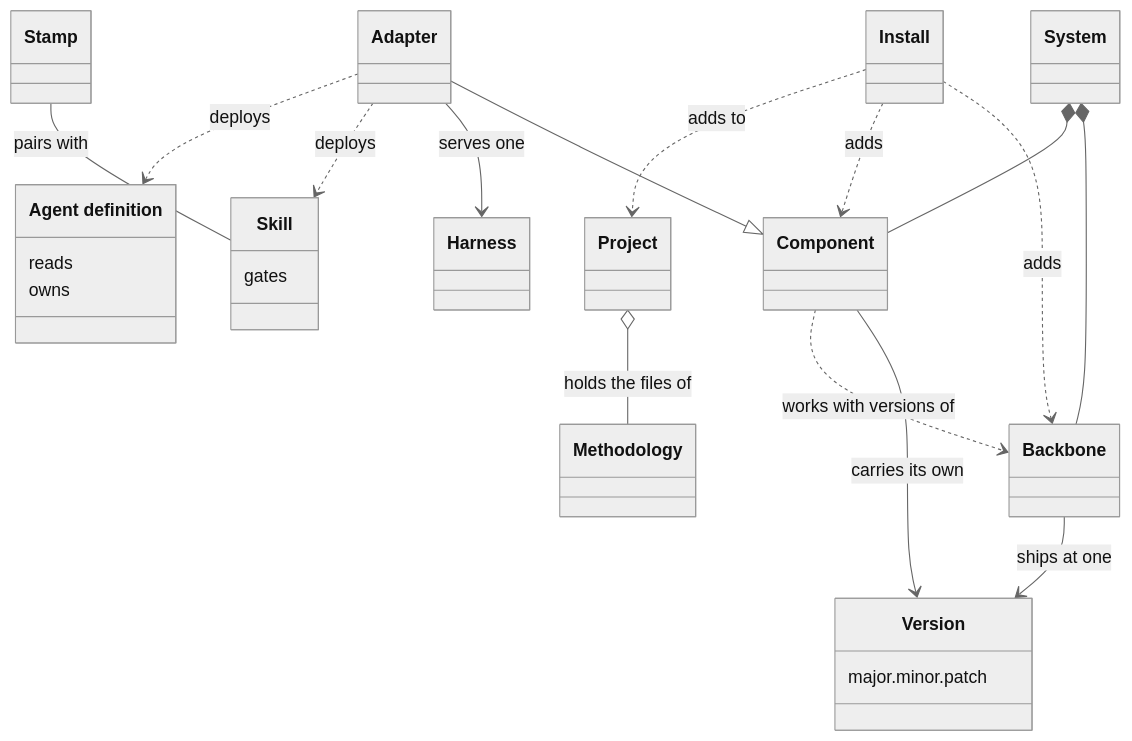
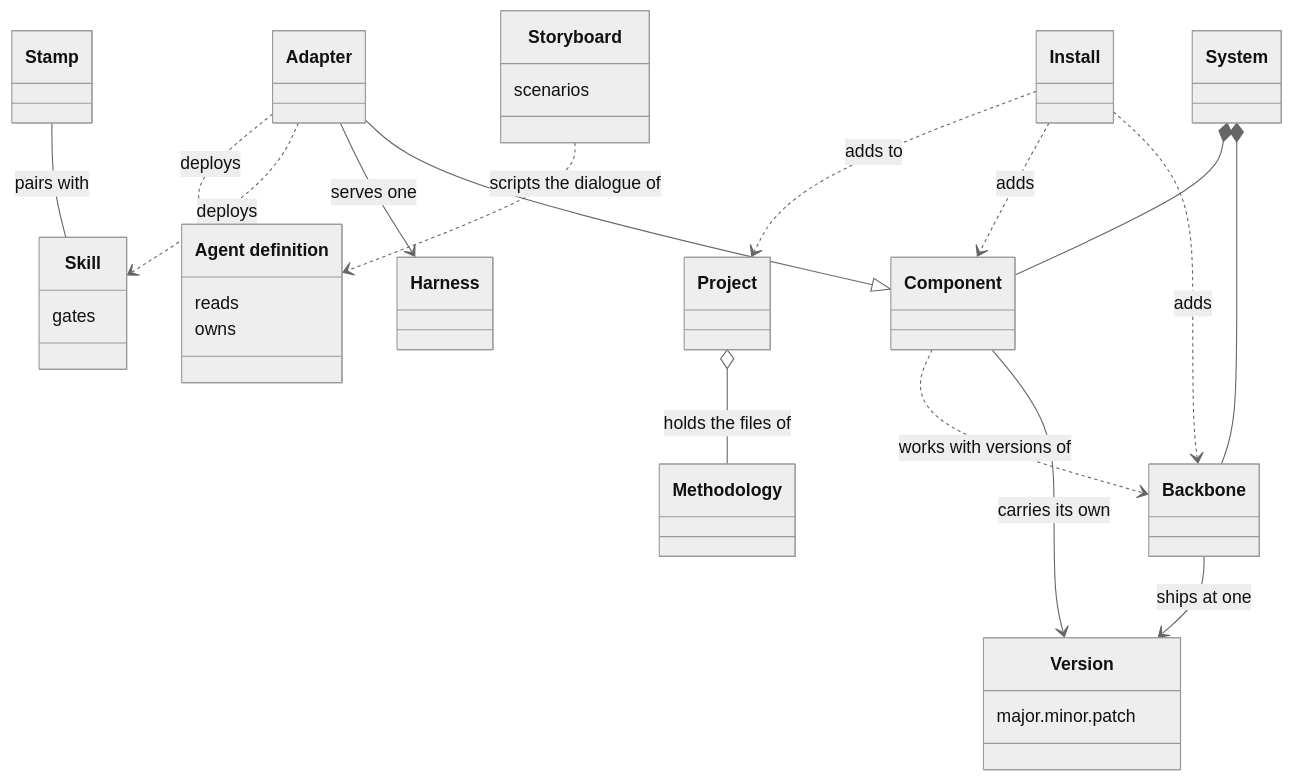
One commit to aleskalfas/project-kit changed the first of 2 diagrams in tech-docs/analysis/core/domain-model/020-parts-of-the-system.md. Above: the diagram before and after it, drawn with Mermaid (neutral theme). The commit also changed other lines of this file and 2 other files, not shown here.

First line of the commit message:
docs(analysis): define process and storyboard in the core's glossary

````diff
--- a/tech-docs/analysis/core/domain-model/020-parts-of-the-system.md
+++ b/tech-docs/analysis/core/domain-model/020-parts-of-the-system.md
@@ -50,35 +56,38 @@
 ```mermaid
 classDiagram
   accTitle: Parts of the system, and projects
-  accDescr: The system is made of the backbone and components, each with a version of its own. A component declares which backbone versions it works with. An adapter is a component that serves one harness and deploys skills and agent definitions there. A stamp pairs with a skill. Install adds the backbone or a component to a repository. A project is a repository the system is installed into, holding the methodology's files.
+  accDescr: The system is made of the backbone and components, each with a version of its own. A component declares which backbone versions it works with. An adapter is a component that serves one harness and deploys skills and agent definitions there. A storyboard scripts the dialogue an agent definition follows. A stamp pairs with a skill. Install adds the backbone or a component to a repository. A project is a repository the system is installed into, holding the methodology's files.
   class System["System"]
   class Harness["Harness"]
   class Methodology["Methodology"]
   class Version["Version"]
   Version : major.minor.patch
   class Backbone["Backbone"]
   class Component["Component"]
   class Skill["Skill"]
   Skill : gates
   class AgentDefinition["Agent definition"]
   AgentDefinition : reads
   AgentDefinition : owns
+  class Storyboard["Storyboard"]
+  Storyboard : scenarios
   class Stamp["Stamp"]
   class Adapter["Adapter"]
   class Install["Install"]
   class Project["Project"]
   System *-- Backbone
   System *-- Component
   Backbone --> Version : ships at one
   Component --> Version : carries its own
   Component ..> Backbone : works with versions of
   Adapter --|> Component
   Adapter --> Harness : serves one
   Adapter ..> Skill : deploys
   Adapter ..> AgentDefinition : deploys
+  Storyboard ..> AgentDefinition : scripts the dialogue of
   Stamp -- Skill : pairs with
   Install ..> Backbone : adds
   Install ..> Component : adds
   Install ..> Project : adds to
   Project o-- Methodology : holds the files of
 ```
````
